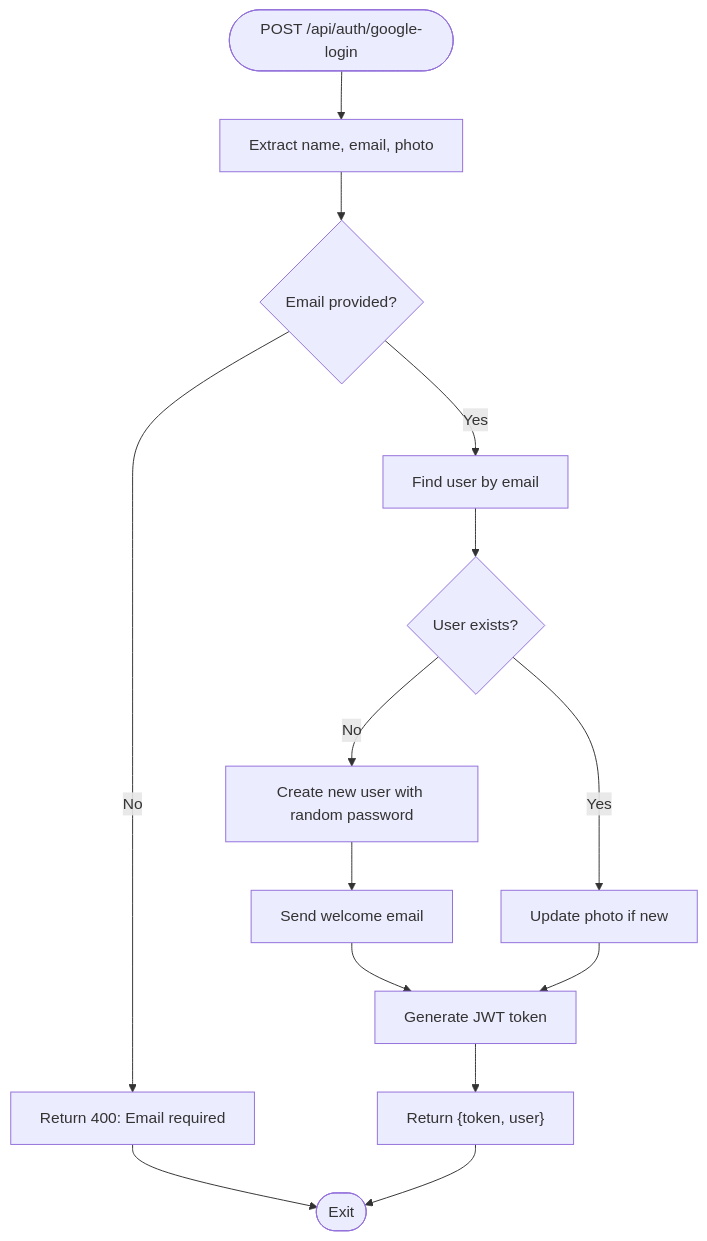
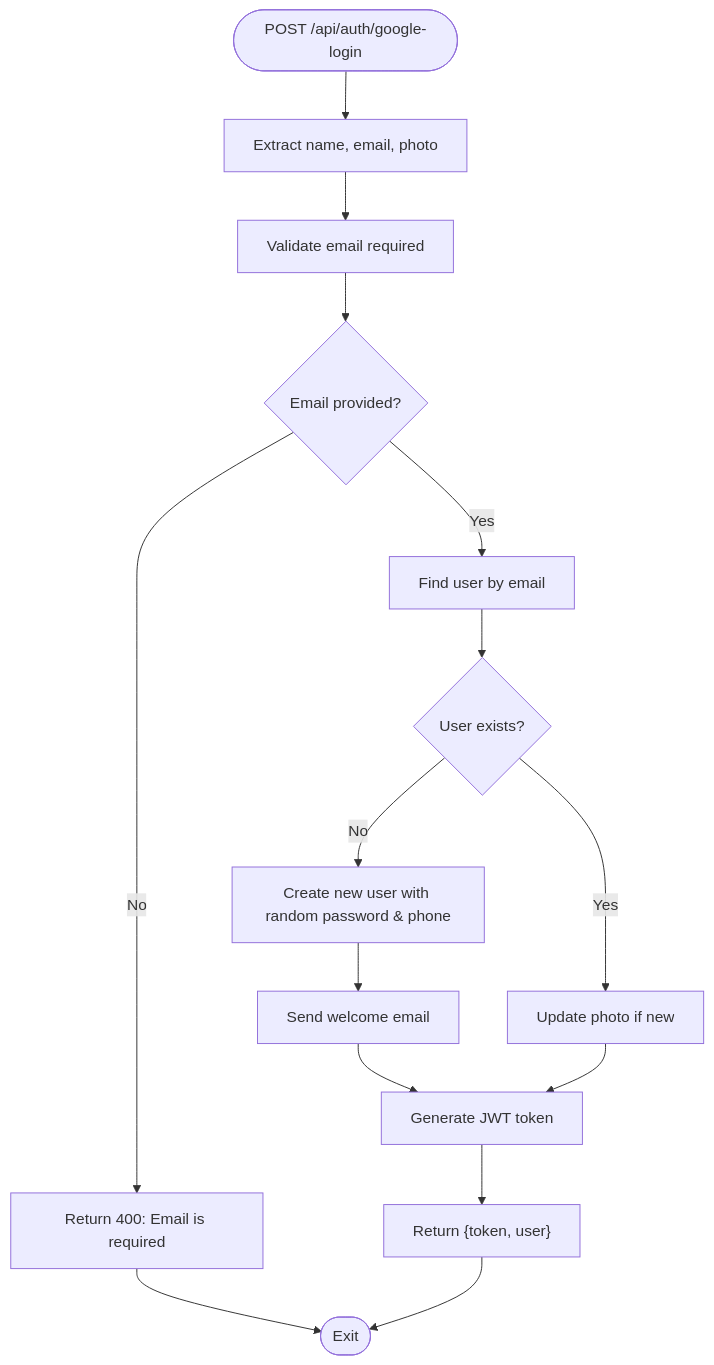
Before and after one commit to Pavan-PSPK9032/TrendsandToss: the fifth of 11 diagrams in .qoder/repowiki/en/content/Authentication & Authorization/Login & Registration Process.md, drawn with Mermaid. The commit also changed other lines of this file and 27 other files, not shown here.

````diff
--- a/.qoder/repowiki/en/content/Authentication & Authorization/Login & Registration Process.md
+++ b/.qoder/repowiki/en/content/Authentication & Authorization/Login & Registration Process.md
@@ -256,16 +272,17 @@
 ```mermaid
 flowchart TD
 Start(["POST /api/auth/google-login"]) --> Extract["Extract name, email, photo"]
-Extract --> CheckEmail{"Email provided?"}
-CheckEmail --> |No| ErrEmail["Return 400: Email required"]
-CheckEmail --> |Yes| FindUser["Find user by email"]
+Extract --> Validate["Validate email required"]
+Validate --> HasEmail{"Email provided?"}
+HasEmail --> |No| ErrEmail["Return 400: Email is required"]
+HasEmail --> |Yes| FindUser["Find user by email"]
 FindUser --> Found{"User exists?"}
-Found --> |No| CreateUser["Create new user with random password"]
+Found --> |No| CreateUser["Create new user with random password & phone"]
 CreateUser --> SendWelcome["Send welcome email"]
 SendWelcome --> GenToken["Generate JWT token"]
 Found --> |Yes| UpdatePhoto["Update photo if new"]
 UpdatePhoto --> GenToken
 GenToken --> Respond["Return {token, user}"]
 ErrEmail --> End(["Exit"])
 Respond --> End
 ```
````
